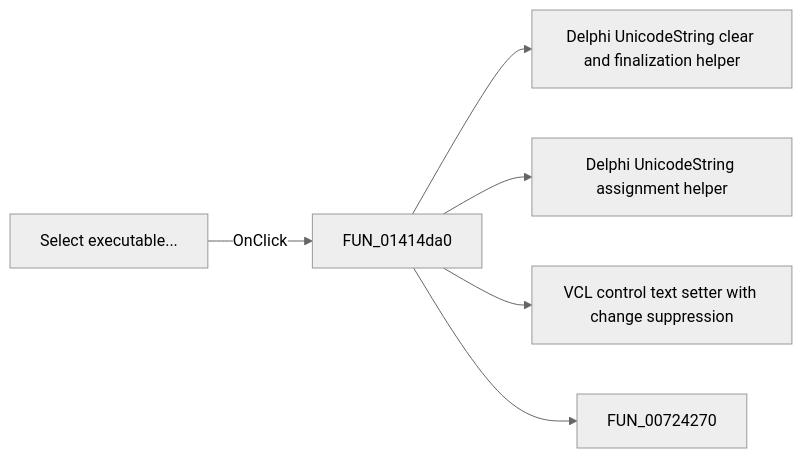
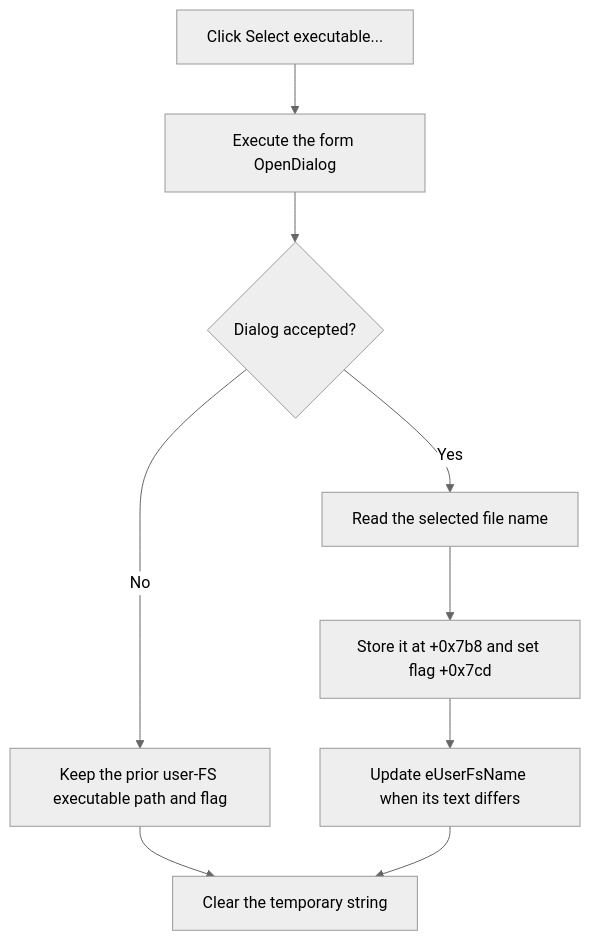
Before and after one commit to MovGP0/TIARA: the diagram in docs/ui-controls/mcukernelimageproperties/bselectuserfs-352aa60e63.md, drawn with Mermaid (neutral theme). The commit also changed other lines of this file and 1062 other files, not shown here.

````diff
--- a/docs/ui-controls/mcukernelimageproperties/bselectuserfs-352aa60e63.md
+++ b/docs/ui-controls/mcukernelimageproperties/bselectuserfs-352aa60e63.md
@@ -27,8 +29,11 @@
 ```mermaid
-flowchart LR
-    control["Select executable..."] -->|OnClick| handler["FUN_01414da0"]
-    handler --> call1["Delphi UnicodeString clear and finalization helper"]
-    handler --> call2["Delphi UnicodeString assignment helper"]
-    handler --> call3["VCL control text setter with change suppression"]
-    handler --> call4["FUN_00724270"]
+flowchart TD
+    click["Click Select executable..."] --> execute["Execute the form OpenDialog"]
+    execute --> accepted{"Dialog accepted?"}
+    accepted -->|No| noChange["Keep the prior user-FS executable path and flag"]
+    accepted -->|Yes| read["Read the selected file name"]
+    read --> store["Store it at +0x7b8 and set flag +0x7cd"]
+    store --> display["Update eUserFsName when its text differs"]
+    noChange --> cleanup["Clear the temporary string"]
+    display --> cleanup
 ```
````
